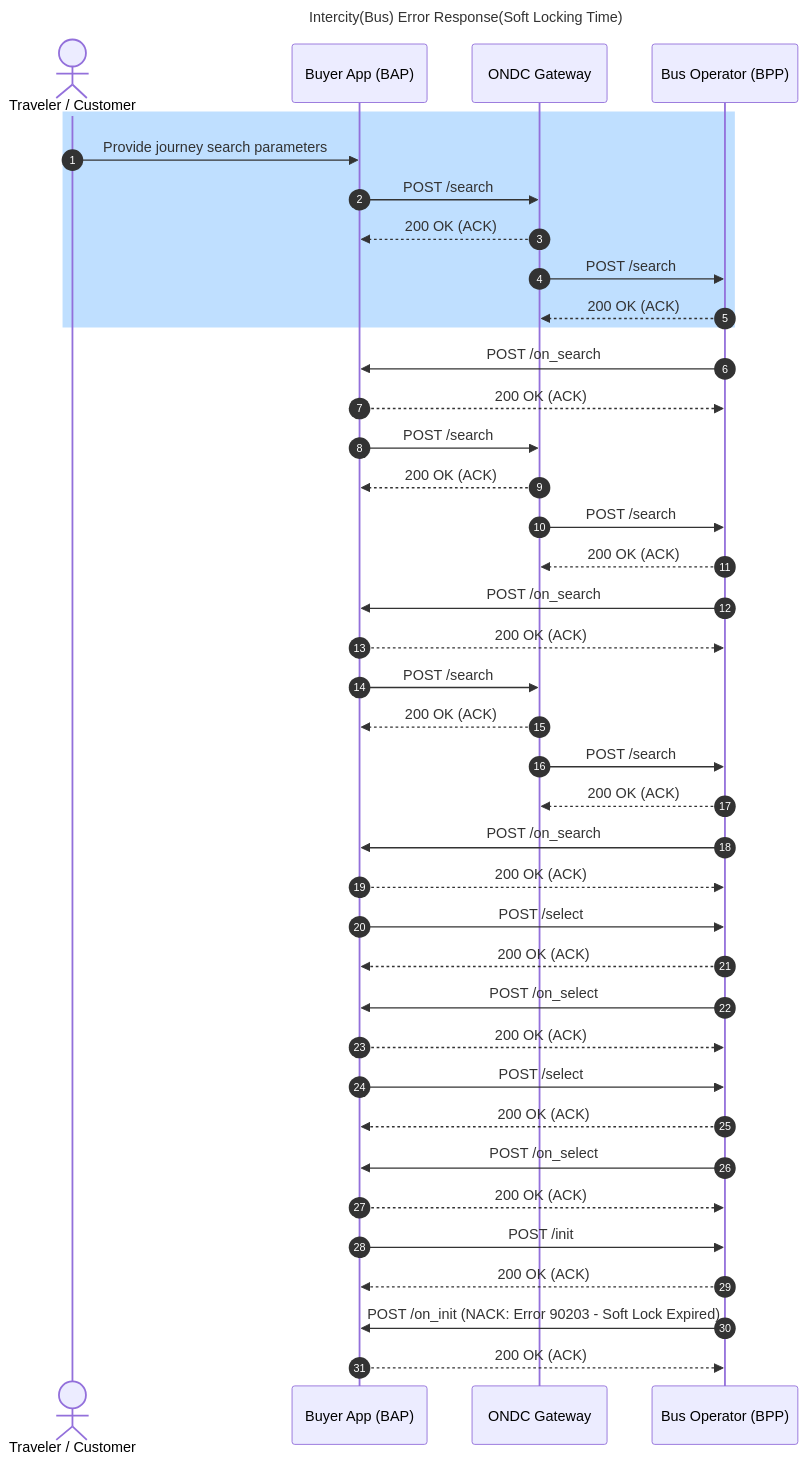
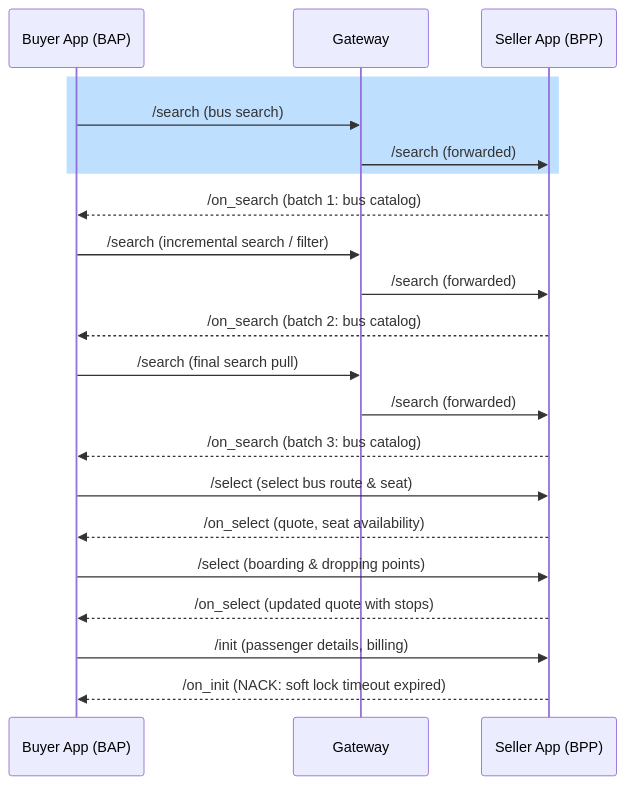
One commit to ONDC-Official/automation-specifications changed the first of 12 diagrams in config/docs/intercity-bus-error-response-soft-locking-time-sequence-diagrams.md. Above: the diagram before and after it, drawn with Mermaid. The commit also changed other lines of this file and 23 other files, not shown here.

````diff
--- a/config/docs/intercity-bus-error-response-soft-locking-time-sequence-diagrams.md
+++ b/config/docs/intercity-bus-error-response-soft-locking-time-sequence-diagrams.md
@@ -13,43 +12,23 @@
 ```mermaid
 sequenceDiagram
-    title Intercity(Bus) Error Response(Soft Locking Time)
-    autonumber
-    actor User as Traveler / Customer
-    participant BAP as Buyer App (BAP)
-    participant BG as ONDC Gateway
-    participant BPP as Bus Operator (BPP)
-
-    rect rgb(191, 223, 255)
-    User->>BAP: Provide journey search parameters
-    BAP->>BG: POST /search
-    BG-->>BAP: 200 OK (ACK)
-    BG->>BPP: POST /search
-    BPP-->>BG: 200 OK (ACK)
-    end
-    BPP->>BAP: POST /on_search
-    BAP-->>BPP: 200 OK (ACK)
-    BAP->>BG: POST /search
-    BG-->>BAP: 200 OK (ACK)
-    BG->>BPP: POST /search
-    BPP-->>BG: 200 OK (ACK)
-    BPP->>BAP: POST /on_search
-    BAP-->>BPP: 200 OK (ACK)
-    BAP->>BG: POST /search
-    BG-->>BAP: 200 OK (ACK)
-    BG->>BPP: POST /search
-    BPP-->>BG: 200 OK (ACK)
-    BPP->>BAP: POST /on_search
-    BAP-->>BPP: 200 OK (ACK)
-    BAP->>BPP: POST /select
-    BPP-->>BAP: 200 OK (ACK)
-    BPP->>BAP: POST /on_select
-    BAP-->>BPP: 200 OK (ACK)
-    BAP->>BPP: POST /select
-    BPP-->>BAP: 200 OK (ACK)
-    BPP->>BAP: POST /on_select
-    BAP-->>BPP: 200 OK (ACK)
-    BAP->>BPP: POST /init
-    BPP-->>BAP: 200 OK (ACK)
-    BPP->>BAP: POST /on_init (NACK: Error 90203 - Soft Lock Expired)
-    BAP-->>BPP: 200 OK (ACK)
+  participant Buyer App (BAP)
+  participant Gateway
+  participant Seller App (BPP)
+  rect rgb(191, 223, 255)
+  Buyer App (BAP)->>Gateway: /search (bus search)
+  Gateway->>Seller App (BPP): /search (forwarded)
+  end
+  Seller App (BPP)-->>Buyer App (BAP): /on_search (batch 1: bus catalog)
+  Buyer App (BAP)->>Gateway: /search (incremental search / filter)
+  Gateway->>Seller App (BPP): /search (forwarded)
+  Seller App (BPP)-->>Buyer App (BAP): /on_search (batch 2: bus catalog)
+  Buyer App (BAP)->>Gateway: /search (final search pull)
+  Gateway->>Seller App (BPP): /search (forwarded)
+  Seller App (BPP)-->>Buyer App (BAP): /on_search (batch 3: bus catalog)
+  Buyer App (BAP)->>Seller App (BPP): /select (select bus route & seat)
+  Seller App (BPP)-->>Buyer App (BAP): /on_select (quote, seat availability)
+  Buyer App (BAP)->>Seller App (BPP): /select (boarding & dropping points)
+  Seller App (BPP)-->>Buyer App (BAP): /on_select (updated quote with stops)
+  Buyer App (BAP)->>Seller App (BPP): /init (passenger details, billing)
+  Seller App (BPP)-->>Buyer App (BAP): /on_init (NACK: soft lock timeout expired)
 ```
````
